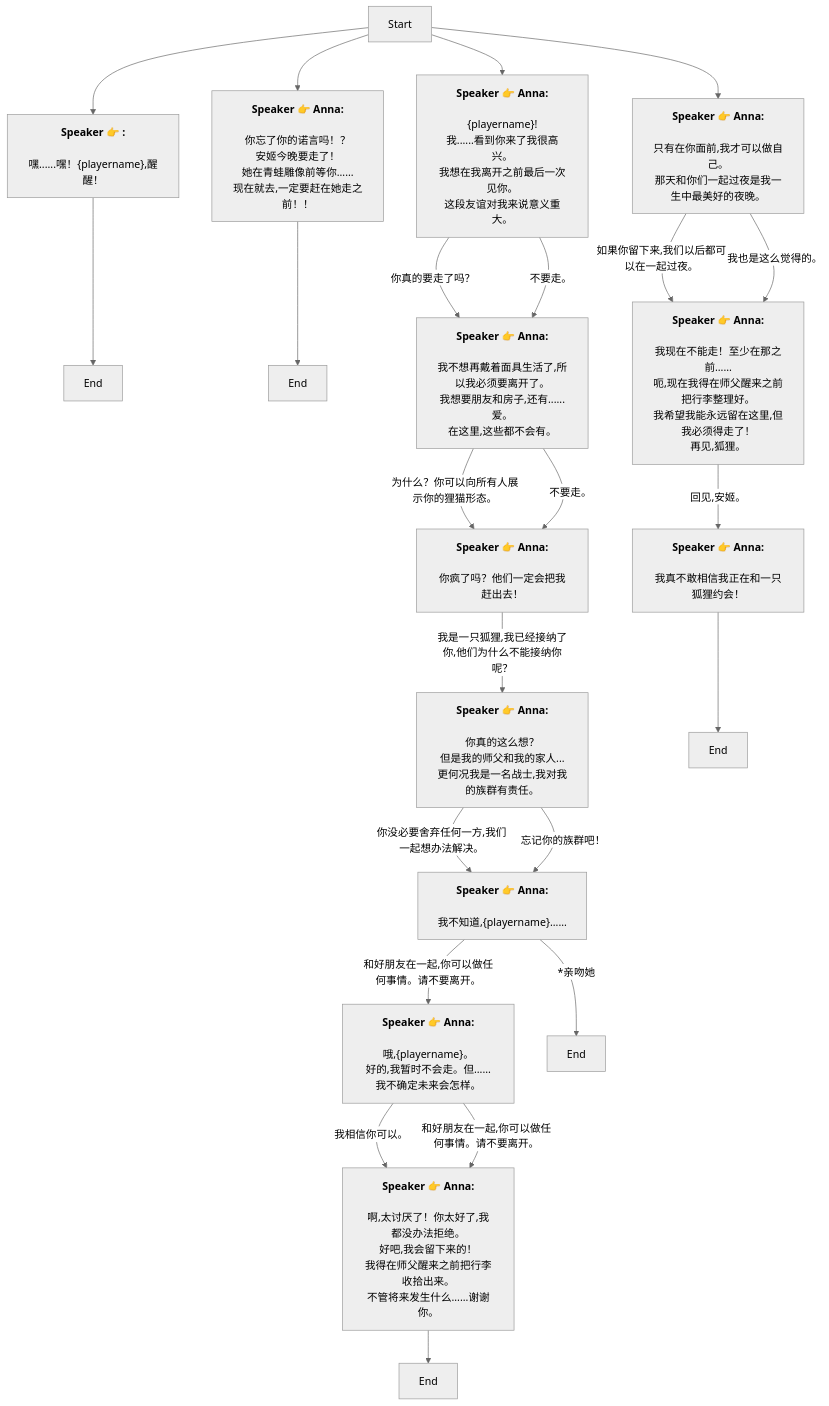
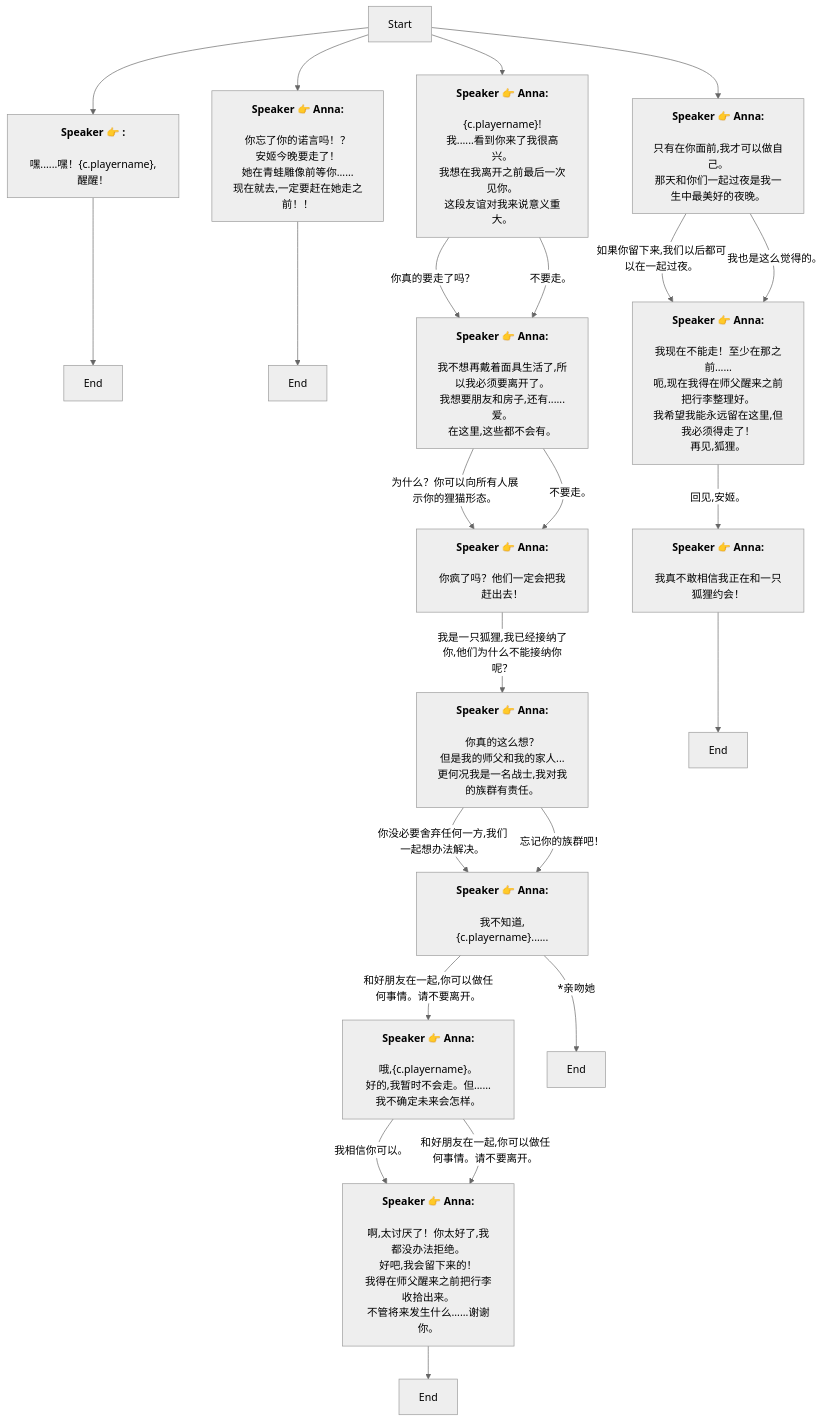
One commit to SoftHu/tos_avg changed the diagram in Zh/heart_4_6_2_9.md. Above: the diagram before and after it, drawn with Mermaid (neutral theme). The commit also changed 410 other files, not shown here.

````diff
--- a/Zh/heart_4_6_2_9.md
+++ b/Zh/heart_4_6_2_9.md
@@ -1,45 +1,45 @@
 ```mermaid
 graph
 Start -->1766672157337891[<b>Speaker 👉 :</b>
-\n嘿......嘿！&lbrace;playername&rbrace;,醒醒！]
+\n嘿......嘿！&lbrace;c.playername&rbrace;,醒醒！]
 1766672157337891 -->1766681055228200[End]
 Start -->1766681208037674[<b>Speaker 👉 Anna:</b>
 \n你忘了你的诺言吗！？\n安姬今晚要走了！\n她在青蛙雕像前等你......\n现在就去,一定要赶在她走之前！！]
 1766681208037674 -->1766685341910398[End]
 Start -->1766681352883506[<b>Speaker 👉 Anna:</b>
-\n&lbrace;playername&rbrace;!\n我......看到你来了我很高兴。\n我想在我离开之前最后一次见你。\n这段友谊对我来说意义重大。]
+\n&lbrace;c.playername&rbrace;!\n我......看到你来了我很高兴。\n我想在我离开之前最后一次见你。\n这段友谊对我来说意义重大。]
 1766681352883506 -->|你真的要走了吗？|1766686399488482[<b>Speaker 👉 Anna:</b>
 \n我不想再戴着面具生活了,所以我必须要离开了。\n我想要朋友和房子,还有......爱。\n在这里,这些都不会有。]
 1766681352883506 -->|不要走。|1766686399488482[<b>Speaker 👉 Anna:</b>
 \n我不想再戴着面具生活了,所以我必须要离开了。\n我想要朋友和房子,还有......爱。\n在这里,这些都不会有。]
 1766686399488482 -->|为什么？你可以向所有人展示你的狸猫形态。|1766686528492008[<b>Speaker 👉 Anna:</b>
 \n你疯了吗？他们一定会把我赶出去！]
 1766686399488482 -->|不要走。|1766686528492008[<b>Speaker 👉 Anna:</b>
 \n你疯了吗？他们一定会把我赶出去！]
 1766686528492008 -->|我是一只狐狸,我已经接纳了你,他们为什么不能接纳你呢？|1766686621164014[<b>Speaker 👉 Anna:</b>
 \n你真的这么想？\n但是我的师父和我的家人...\n更何况我是一名战士,我对我的族群有责任。]
 1766686621164014 -->|你没必要舍弃任何一方,我们一起想办法解决。|1766686682965492[<b>Speaker 👉 Anna:</b>
-\n我不知道,&lbrace;playername&rbrace;......]
+\n我不知道,&lbrace;c.playername&rbrace;......]
 1766686621164014 -->|忘记你的族群吧！|1766686682965492[<b>Speaker 👉 Anna:</b>
-\n我不知道,&lbrace;playername&rbrace;......]
+\n我不知道,&lbrace;c.playername&rbrace;......]
 1766686682965492 -->|和好朋友在一起,你可以做任何事情。请不要离开。|1766686745538043[<b>Speaker 👉 Anna:</b>
-\n哦,&lbrace;playername&rbrace;。\n好的,我暂时不会走。但……我不确定未来会怎样。]
+\n哦,&lbrace;c.playername&rbrace;。\n好的,我暂时不会走。但……我不确定未来会怎样。]
 1766686682965492 -->|*亲吻她|1766686807014913[End]
 1766686745538043 -->|我相信你可以。|1766686821873154[<b>Speaker 👉 Anna:</b>
 \n啊,太讨厌了！你太好了,我都没办法拒绝。\n好吧,我会留下来的！\n我得在师父醒来之前把行李收拾出来。\n不管将来发生什么......谢谢你。]
 1766686745538043 -->|和好朋友在一起,你可以做任何事情。请不要离开。|1766686821873154[<b>Speaker 👉 Anna:</b>
 \n啊,太讨厌了！你太好了,我都没办法拒绝。\n好吧,我会留下来的！\n我得在师父醒来之前把行李收拾出来。\n不管将来发生什么......谢谢你。]
 1766686821873154 -->1766686858170883[End]
 Start -->1766686900719109[<b>Speaker 👉 Anna:</b>
 \n只有在你面前,我才可以做自己。\n那天和你们一起过夜是我一生中最美好的夜晚。]
 1766686900719109 -->|如果你留下来,我们以后都可以在一起过夜。|1766686953551371[<b>Speaker 👉 Anna:</b>
 \n我现在不能走！至少在那之前……\n呃,现在我得在师父醒来之前把行李整理好。\n我希望我能永远留在这里,但我必须得走了！
 再见,狐狸。]
 1766686900719109 -->|我也是这么觉得的。|1766686953551371[<b>Speaker 👉 Anna:</b>
 \n我现在不能走！至少在那之前……\n呃,现在我得在师父醒来之前把行李整理好。\n我希望我能永远留在这里,但我必须得走了！
 再见,狐狸。]
 1766686953551371 -->|回见,安姬。|1766687001349649[<b>Speaker 👉 Anna:</b>
 \n我真不敢相信我正在和一只狐狸约会！]
 1766687001349649 -->1766687019647507[End]
 
 ```
````
